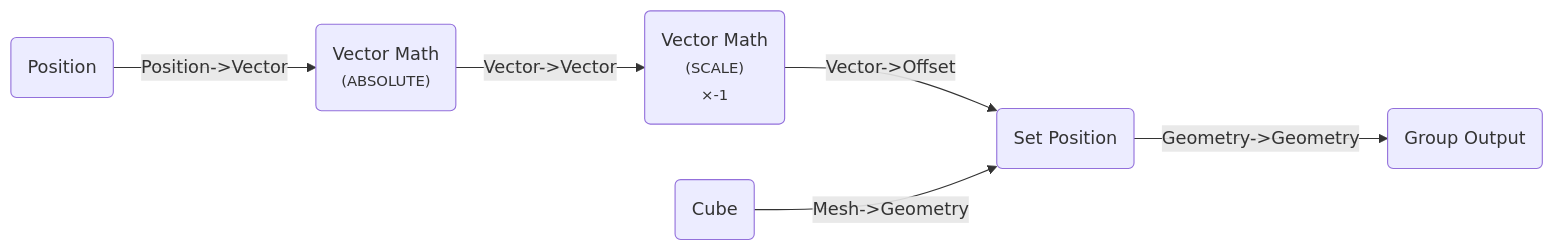
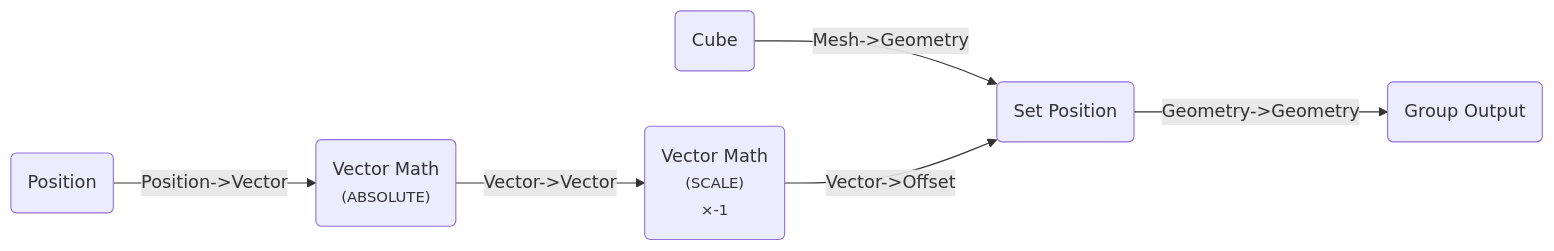
The third of 11 diagrams in operators.llms.md (BradyAJohnston/nodebpy), drawn with Mermaid before and after one commit. The commit also changed other lines of this file and 104 other files, not shown here.

````diff
--- a/operators.llms.md
+++ b/operators.llms.md
@@ -108,14 +108,14 @@
 ``` mermaid
 graph LR
     N0("Position"):::input-node
     N1("Vector Math<br/><small>(ABSOLUTE)</small>"):::vector-node
     N2("Cube"):::geometry-node
     N3("Vector Math<br/><small>(SCALE)</small><br/><small>×-1</small>"):::vector-node
     N4("Set Position"):::geometry-node
     N5("Group Output"):::default-node
     N0 -->|"Position->Vector"| N1
     N1 -->|"Vector->Vector"| N3
+    N2 -->|"Mesh->Geometry"| N4
     N3 -->|"Vector->Offset"| N4
-    N2 -->|"Mesh->Geometry"| N4
     N4 -->|"Geometry->Geometry"| N5
 ```
````
